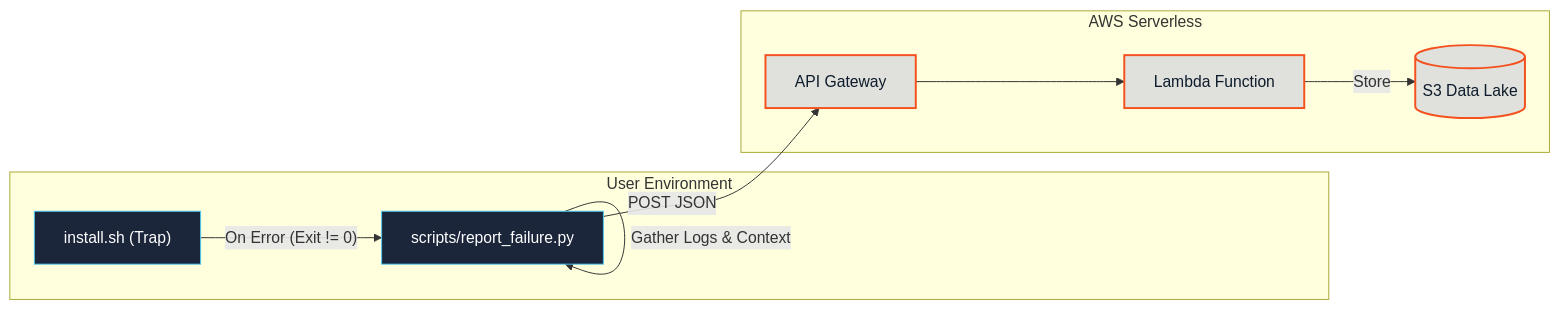
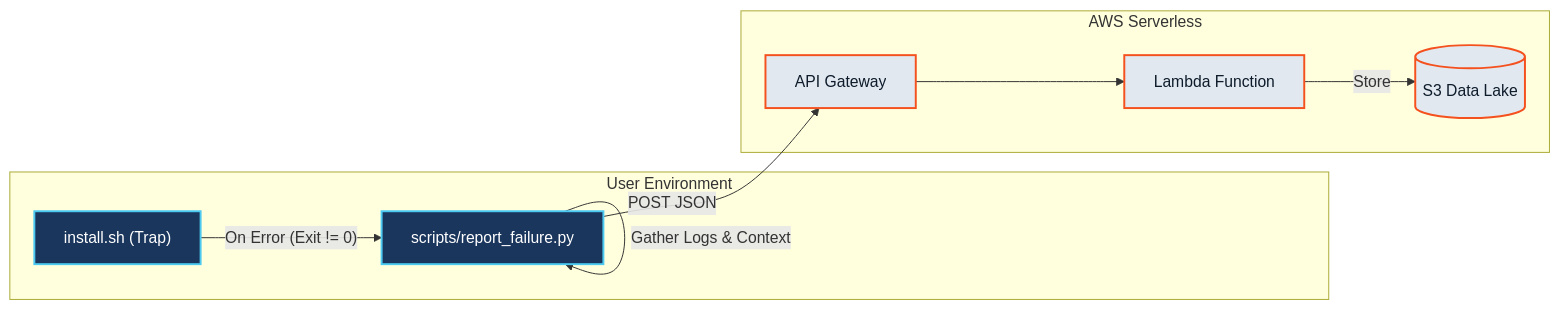
Before and after one commit to roguelikeCode/takumi-comfyui-advisor: the fourth of 4 diagrams in architecture.md, drawn with Mermaid. The commit also changed other lines of this file, not shown here.

Commit message:
chore(architecture.md): fix mermaid colors for github visibility

````diff
--- a/architecture.md
+++ b/architecture.md
@@ -139,23 +142,23 @@
 ```mermaid
 graph LR
-    %% Styles: Consistent Navy Theme
-    classDef client fill:#1b263b,stroke:#4cc9f0,color:#fff;
-    classDef cloud fill:#e0e1dd,stroke:#f4511e,stroke-width:2px,color:#0d1b2a;
+    %% --- Styles ---
+    classDef client fill:#1a365d,stroke:#4cc9f0,stroke-width:2px,color:#ffffff;
+    classDef cloud fill:#e2e8f0,stroke:#f4511e,stroke-width:2px,color:#0d1b2a;
 
     subgraph Client ["User Environment"]
         Trap["install.sh (Trap)"]:::client
         Reporter["scripts/report_failure.py"]:::client
     end
 
     subgraph Cloud ["AWS Serverless"]
         APIGW["API Gateway"]:::cloud
         Lambda["Lambda Function"]:::cloud
         S3[("S3 Data Lake")]:::cloud
     end
 
     Trap -- "On Error (Exit != 0)" --> Reporter
     Reporter -- "Gather Logs & Context" --> Reporter
     Reporter -- "POST JSON" --> APIGW
     APIGW --> Lambda
     Lambda -- "Store" --> S3
 ```
````
